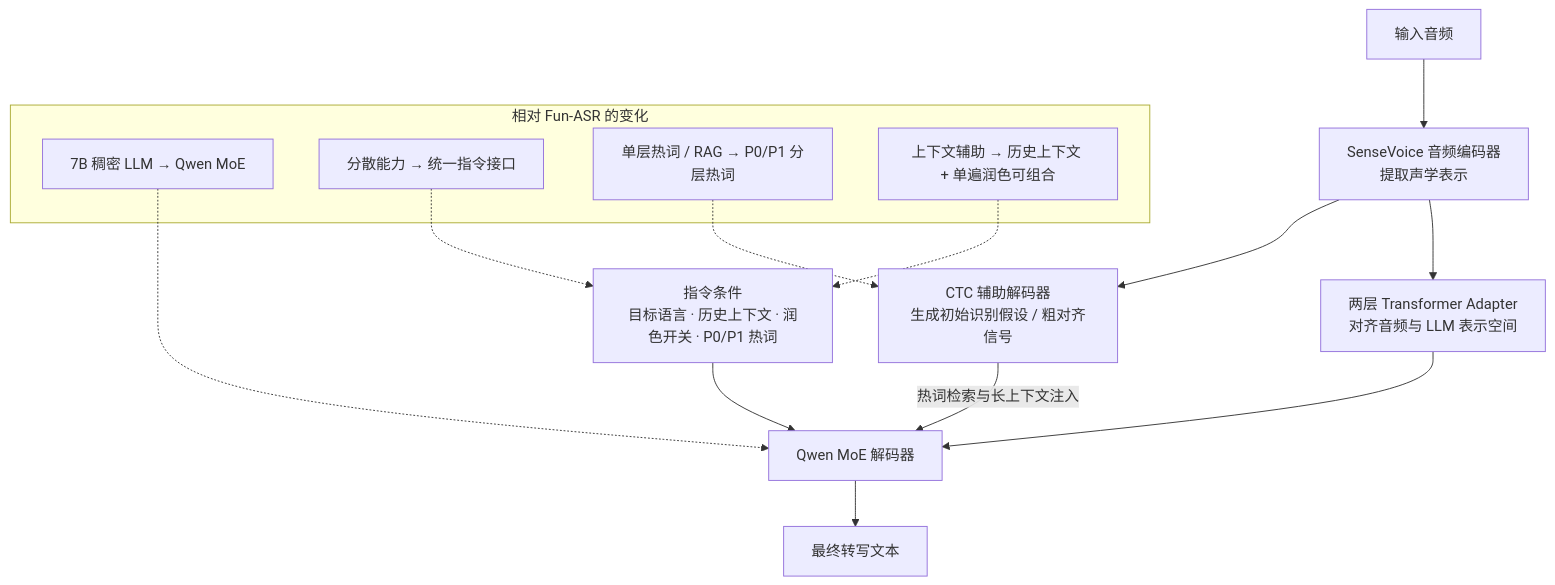
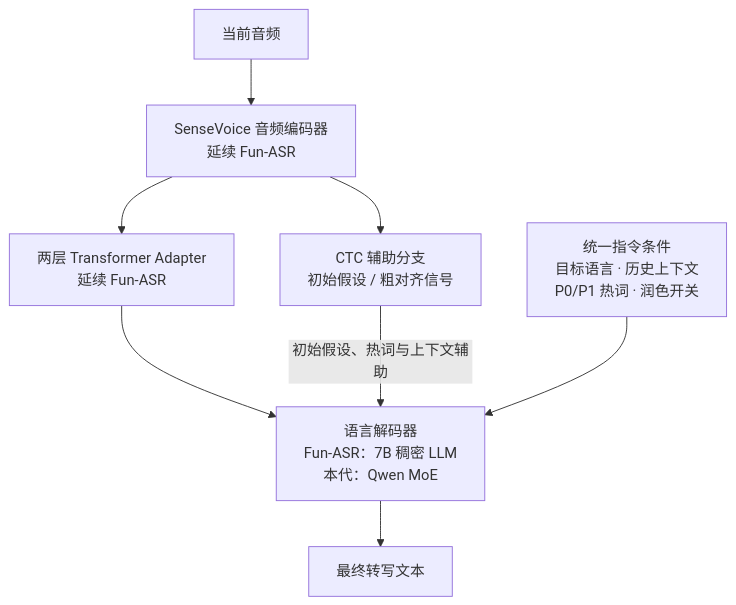
Before and after one commit to WZLHQ/Awesome-Reading-Notes: the second of 3 diagrams in speech_interaction/Qwen-Audio-3.0-ASR模型发展脉络.md, drawn with Mermaid. The commit also changed other lines of this file and 1 other file, not shown here.

````diff
--- a/speech_interaction/Qwen-Audio-3.0-ASR模型发展脉络.md
+++ b/speech_interaction/Qwen-Audio-3.0-ASR模型发展脉络.md
@@ -78,22 +66,10 @@
 ```mermaid
 flowchart TB
-    A["输入音频"] --> ENC["SenseVoice 音频编码器<br/>提取声学表示"]
-    ENC --> ADP["两层 Transformer Adapter<br/>对齐音频与 LLM 表示空间"]
-    ENC --> CTC["CTC 辅助解码器<br/>生成初始识别假设 / 粗对齐信号"]
-    TXT["指令条件<br/>目标语言 · 历史上下文 · 润色开关 · P0/P1 热词"] --> MOE["Qwen MoE 解码器"]
-    ADP --> MOE
-    CTC -->|"热词检索与长上下文注入"| MOE
-    MOE --> OUT["最终转写文本"]
-
-    subgraph CHANGES["相对 Fun-ASR 的变化"]
-        D1["7B 稠密 LLM → Qwen MoE"]
-        D2["分散能力 → 统一指令接口"]
-        D3["单层热词 / RAG → P0/P1 分层热词"]
-        D4["上下文辅助 → 历史上下文 + 单遍润色可组合"]
-    end
-
-    D1 -.-> MOE
-    D2 -.-> TXT
-    D3 -.-> CTC
-    D4 -.-> TXT
+    AUDIO["当前音频"] --> ENC["SenseVoice 音频编码器<br/>延续 Fun-ASR"]
+    ENC --> ADP["两层 Transformer Adapter<br/>延续 Fun-ASR"]
+    ENC --> CTC["CTC 辅助分支<br/>初始假设 / 粗对齐信号"]
+    ADP --> LLM["语言解码器<br/>Fun-ASR：7B 稠密 LLM<br/>本代：Qwen MoE"]
+    CTC -->|"初始假设、热词与上下文辅助"| LLM
+    COND["统一指令条件<br/>目标语言 · 历史上下文<br/>P0/P1 热词 · 润色开关"] --> LLM
+    LLM --> OUT["最终转写文本"]
 ```
````
